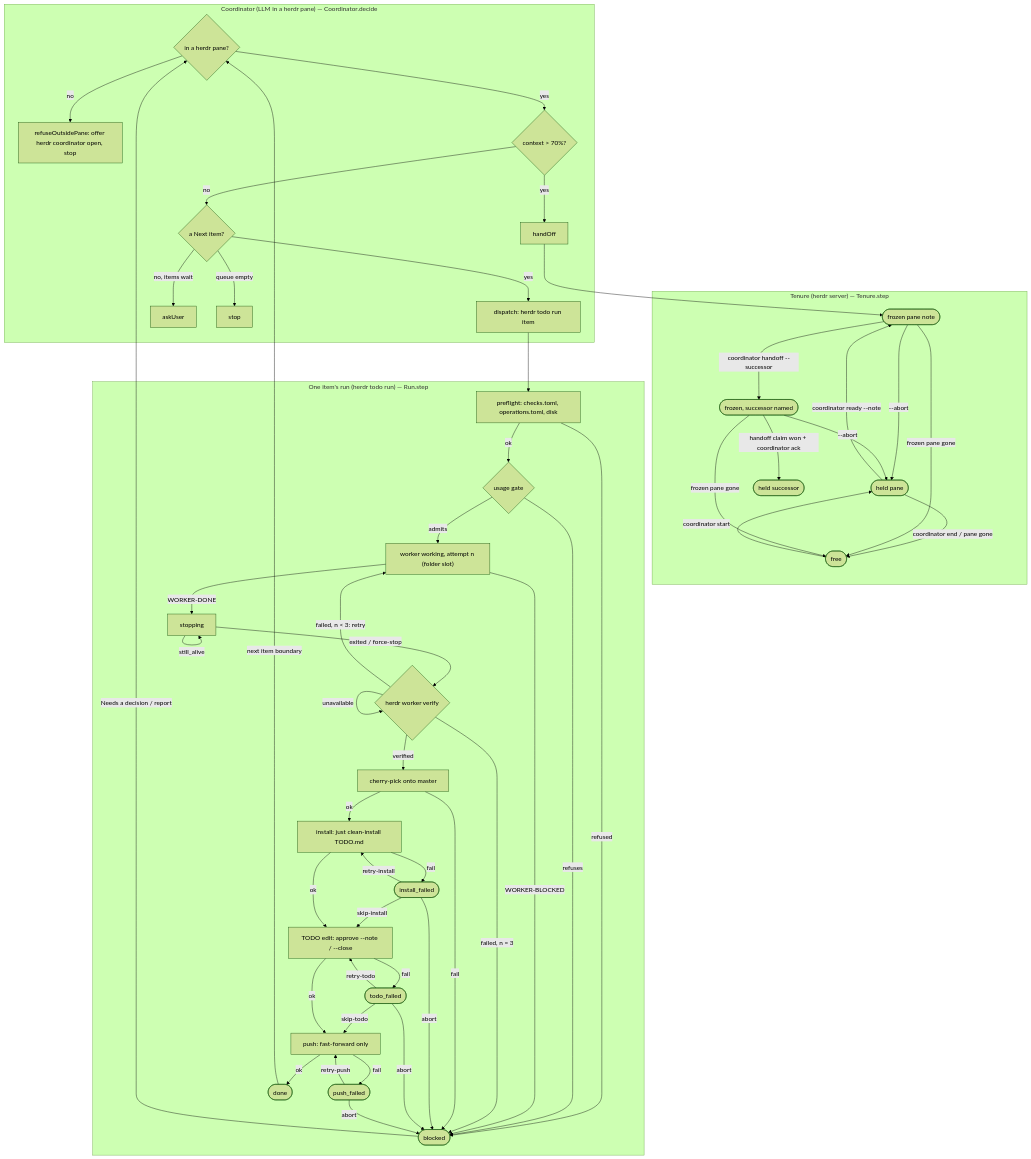
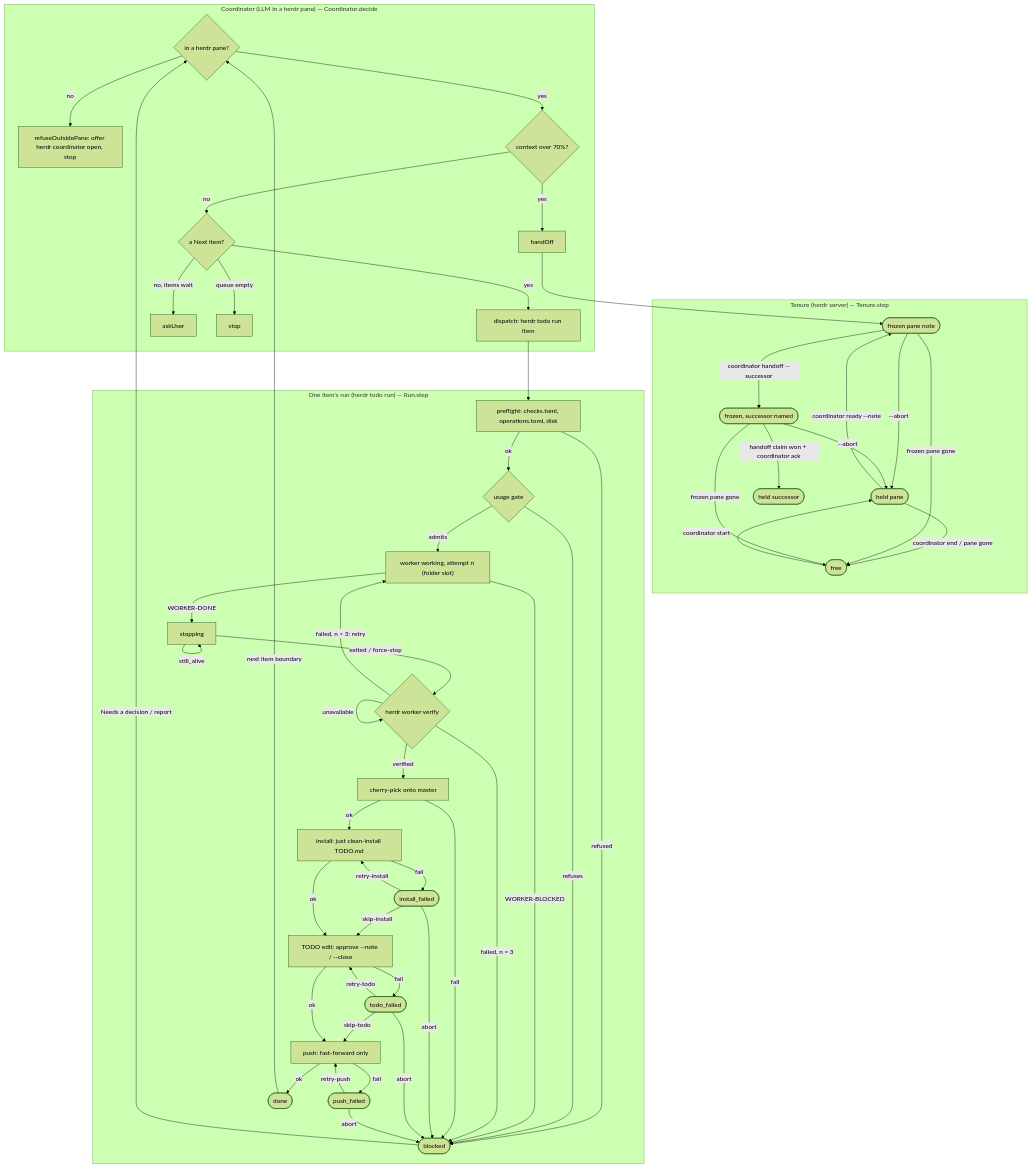
Before and after one commit to rofrol/roherdr: the diagram in docs/todo-workflow-model/README.md, drawn with Mermaid (forest theme). The commit also changed other lines of this file, not shown here.

First line of the commit message:
docs: render the todo workflow diagram with plain svg labels

````diff
--- a/docs/todo-workflow-model/README.md
+++ b/docs/todo-workflow-model/README.md
@@ -63,59 +64,59 @@
 ```mermaid
 flowchart TD
   subgraph C["Coordinator (LLM in a herdr pane) — Coordinator.decide"]
     C0{"in a herdr pane?"} -->|no| C1["refuseOutsidePane: offer herdr coordinator open, stop"]
-    C0 -->|yes| C2{"context > 70%?"}
+    C0 -->|yes| C2{"context over 70%?"}
     C2 -->|yes| HO["handOff"]
     C2 -->|no| C3{"a Next item?"}
     C3 -->|yes| D["dispatch: herdr todo run item"]
     C3 -->|"no, items wait"| ASK["askUser"]
     C3 -->|"queue empty"| STOP["stop"]
   end
 
   subgraph T["Tenure (herdr server) — Tenure.step"]
     TF(["free"]) -->|"coordinator start"| TH(["held pane"])
     TH -->|"coordinator end / pane gone"| TF
     TH -->|"coordinator ready --note"| TZ(["frozen pane note"])
     TZ -->|"coordinator handoff --successor"| TZS(["frozen, successor named"])
     TZS -->|"handoff claim won + coordinator ack"| TH2(["held successor"])
     TZ -->|"--abort"| TH
     TZS -->|"--abort"| TH
     TZ -->|"frozen pane gone"| TF
     TZS -->|"frozen pane gone"| TF
   end
   HO --> TZ
 
   subgraph R["One item's run (herdr todo run) — Run.step"]
     P["preflight: checks.toml, operations.toml, disk"] -->|ok| G{"usage gate"}
     P -->|refused| B(["blocked"])
     G -->|refuses| B
     G -->|admits| W["worker working, attempt n (folder slot)"]
     W -->|WORKER-BLOCKED| B
     W -->|WORKER-DONE| S["stopping"]
     S -->|still_alive| S
     S -->|"exited / force-stop"| V{"herdr worker verify"}
     V -->|unavailable| V
     V -->|"failed, n < 3: retry"| W
     V -->|"failed, n = 3"| B
     V -->|verified| CP["cherry-pick onto master"]
     CP -->|fail| B
     CP -->|ok| I["install: just clean-install TODO.md"]
     I -->|fail| IF(["install_failed"])
     IF -->|retry-install| I
     IF -->|skip-install| E
     I -->|ok| E["TODO edit: approve --note / --close"]
     E -->|fail| EF(["todo_failed"])
     EF -->|retry-todo| E
     EF -->|skip-todo| PU
     E -->|ok| PU["push: fast-forward only"]
     PU -->|fail| PF(["push_failed"])
     PF -->|retry-push| PU
     PU -->|ok| DONE(["done"])
     IF -->|abort| B
     EF -->|abort| B
     PF -->|abort| B
   end
   D --> P
   DONE -->|"next item boundary"| C0
   B -->|"Needs a decision / report"| C0
 ```
````
